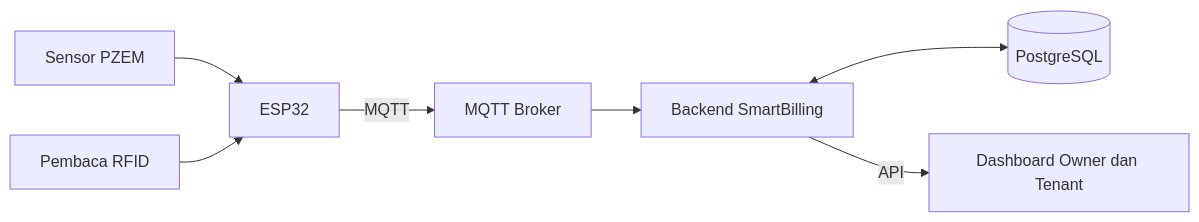
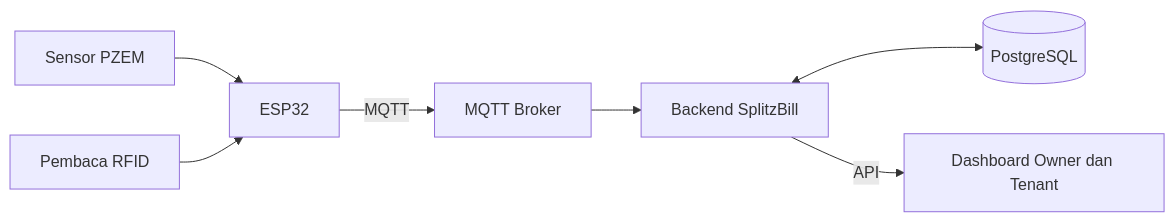
Before and after one commit to hammampriyandono/SmartBilling: the diagram in README.md, drawn with Mermaid. The commit also changed other lines of this file and 24 other files, not shown here.

````diff
--- a/README.md
+++ b/README.md
@@ -30,9 +32,9 @@
 ```mermaid
 flowchart LR
     SENSOR[Sensor PZEM] --> ESP[ESP32]
     RFID[Pembaca RFID] --> ESP
     ESP -->|MQTT| BROKER[MQTT Broker]
-    BROKER --> BACKEND[Backend SmartBilling]
+    BROKER --> BACKEND[Backend SplitzBill]
     BACKEND <--> DB[(PostgreSQL)]
     BACKEND -->|API| WEB[Dashboard Owner dan Tenant]
 ```
````
